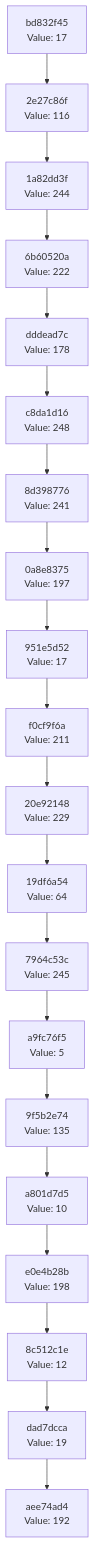
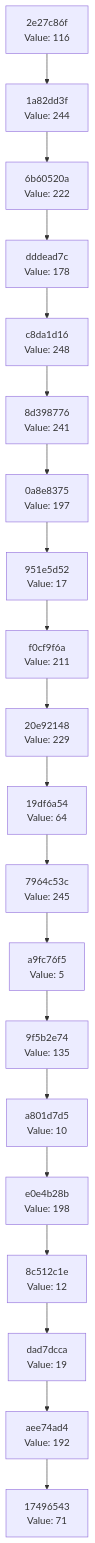
The diagram in docs/CHAIN_VISUALIZATION.md (Abhisheksinha1506/hash-chain-evolver), drawn with Mermaid before and after one commit. The commit also changed 2 other files, not shown here.

Commit message:
Evolution step: hash 0x47 → action executed

````diff
--- a/docs/CHAIN_VISUALIZATION.md
+++ b/docs/CHAIN_VISUALIZATION.md
@@ -3,42 +3,42 @@
 ```mermaid
 graph TD
-    C0["aee74ad4<br/>Value: 192"]
-    C1["dad7dcca<br/>Value: 19"]
+    C0["17496543<br/>Value: 71"]
+    C1["aee74ad4<br/>Value: 192"]
     C1 --> C0
-    C2["8c512c1e<br/>Value: 12"]
+    C2["dad7dcca<br/>Value: 19"]
     C2 --> C1
-    C3["e0e4b28b<br/>Value: 198"]
+    C3["8c512c1e<br/>Value: 12"]
     C3 --> C2
-    C4["a801d7d5<br/>Value: 10"]
+    C4["e0e4b28b<br/>Value: 198"]
     C4 --> C3
-    C5["9f5b2e74<br/>Value: 135"]
+    C5["a801d7d5<br/>Value: 10"]
     C5 --> C4
-    C6["a9fc76f5<br/>Value: 5"]
+    C6["9f5b2e74<br/>Value: 135"]
     C6 --> C5
-    C7["7964c53c<br/>Value: 245"]
+    C7["a9fc76f5<br/>Value: 5"]
     C7 --> C6
-    C8["19df6a54<br/>Value: 64"]
+    C8["7964c53c<br/>Value: 245"]
     C8 --> C7
-    C9["20e92148<br/>Value: 229"]
+    C9["19df6a54<br/>Value: 64"]
     C9 --> C8
-    C10["f0cf9f6a<br/>Value: 211"]
+    C10["20e92148<br/>Value: 229"]
     C10 --> C9
-    C11["951e5d52<br/>Value: 17"]
+    C11["f0cf9f6a<br/>Value: 211"]
     C11 --> C10
-    C12["0a8e8375<br/>Value: 197"]
+    C12["951e5d52<br/>Value: 17"]
     C12 --> C11
-    C13["8d398776<br/>Value: 241"]
+    C13["0a8e8375<br/>Value: 197"]
     C13 --> C12
-    C14["c8da1d16<br/>Value: 248"]
+    C14["8d398776<br/>Value: 241"]
     C14 --> C13
-    C15["dddead7c<br/>Value: 178"]
+    C15["c8da1d16<br/>Value: 248"]
     C15 --> C14
-    C16["6b60520a<br/>Value: 222"]
+    C16["dddead7c<br/>Value: 178"]
     C16 --> C15
-    C17["1a82dd3f<br/>Value: 244"]
+    C17["6b60520a<br/>Value: 222"]
     C17 --> C16
-    C18["2e27c86f<br/>Value: 116"]
+    C18["1a82dd3f<br/>Value: 244"]
     C18 --> C17
-    C19["bd832f45<br/>Value: 17"]
+    C19["2e27c86f<br/>Value: 116"]
     C19 --> C18
 ```
````
